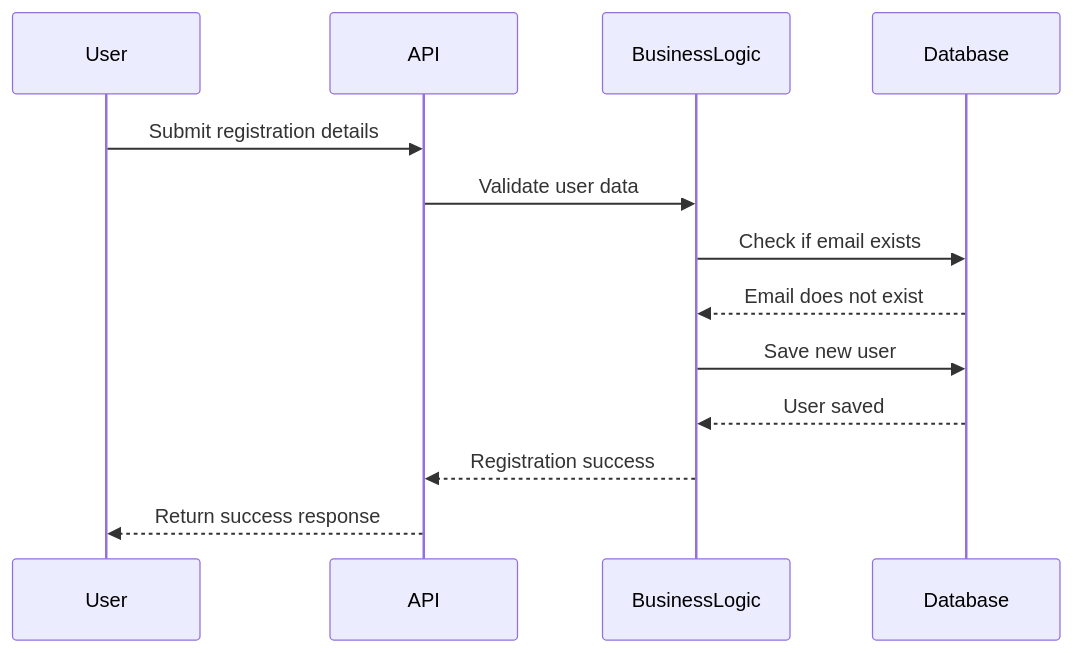
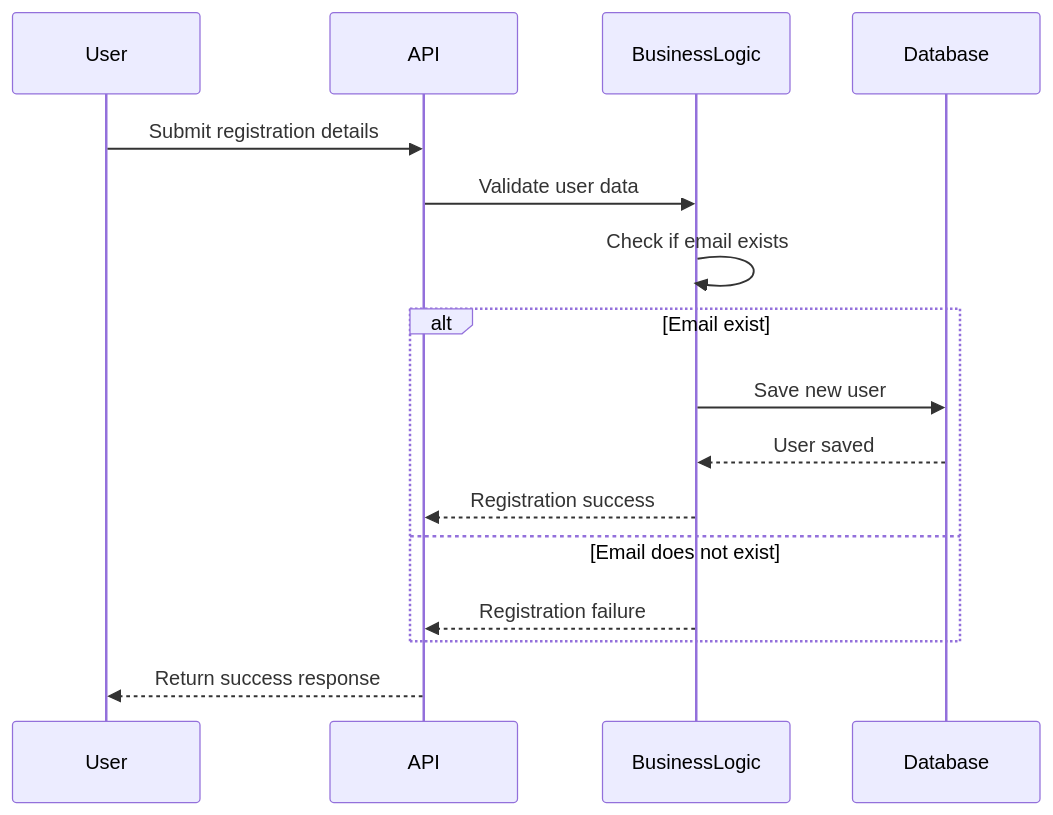
One commit to Basco64/HBNB_UML changed the diagram in 2.User.md. Above: the diagram before and after it, drawn with Mermaid.

````diff
--- a/2.User.md
+++ b/2.User.md
@@ -1,17 +1,23 @@
 ```mermaid
 sequenceDiagram
 
     participant User
     participant API
     participant BusinessLogic
     participant Database
 
     User->>API: Submit registration details
     API->>BusinessLogic: Validate user data
-    BusinessLogic->>Database: Check if email exists
-    Database-->>BusinessLogic: Email does not exist
-    BusinessLogic->>Database: Save new user
-    Database-->>BusinessLogic: User saved
-    BusinessLogic-->>API: Registration success
+    
+    BusinessLogic->>BusinessLogic: Check if email exists
+
+    alt Email exist
+        BusinessLogic->>Database: Save new user
+        Database-->>BusinessLogic: User saved
+        BusinessLogic-->>API: Registration success
+    else Email does not exist
+        BusinessLogic-->>API: Registration failure
+    end
+    
     API-->>User: Return success response
 ```
````
